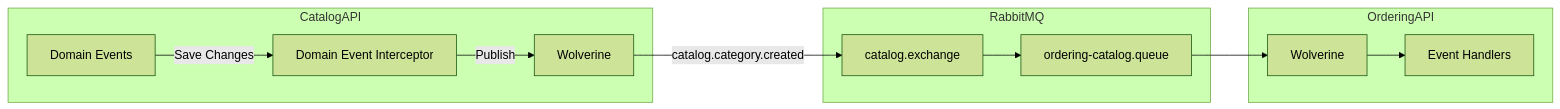
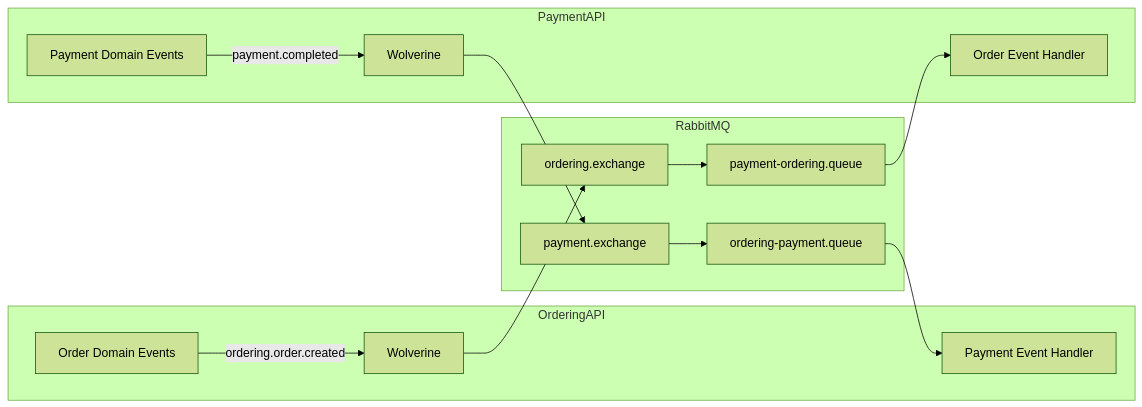
The fifth of 10 diagrams in docs/architecture.md (gndev-vn/DDDSample), drawn with Mermaid (forest theme) before and after one commit. The commit also changed other lines of this file and 46 other files, not shown here.

Commit message:
Add PaymentAPI to the solution

````diff
--- a/docs/architecture.md
+++ b/docs/architecture.md
@@ -204,25 +226,31 @@
 ```mermaid
 graph LR
-    subgraph "CatalogAPI"
-        CA_Domain[Domain Events]
-        CA_Interceptor[Domain Event Interceptor]
-        CA_Wolverine[Wolverine]
+    subgraph "OrderingAPI"
+        OA_Domain[Order Domain Events]
+        OA_Wolverine[Wolverine]
+        OA_Handler[Payment Event Handler]
+    end
+
+    subgraph "PaymentAPI"
+        PA_Handler[Order Event Handler]
+        PA_Domain[Payment Domain Events]
+        PA_Wolverine[Wolverine]
     end
 
     subgraph "RabbitMQ"
-        Exchange[catalog.exchange]
-        Queue[ordering-catalog.queue]
+        OrderingExchange[ordering.exchange]
+        PaymentExchange[payment.exchange]
+        PaymentQueue[payment-ordering.queue]
+        OrderingQueue[ordering-payment.queue]
     end
 
-    subgraph "OrderingAPI"
-        OA_Wolverine[Wolverine]
-        OA_Handler[Event Handlers]
-    end
+    OA_Domain -->|ordering.order.created| OA_Wolverine
+    OA_Wolverine --> OrderingExchange
+    OrderingExchange --> PaymentQueue
+    PaymentQueue --> PA_Handler
 
-    CA_Domain -->|Save Changes| CA_Interceptor
-    CA_Interceptor -->|Publish| CA_Wolverine
-    CA_Wolverine -->|catalog.category.created| Exchange
-    Exchange --> Queue
-    Queue --> OA_Wolverine
-    OA_Wolverine --> OA_Handler
+    PA_Domain -->|payment.completed| PA_Wolverine
+    PA_Wolverine --> PaymentExchange
+    PaymentExchange --> OrderingQueue
+    OrderingQueue --> OA_Handler
 ```
````
